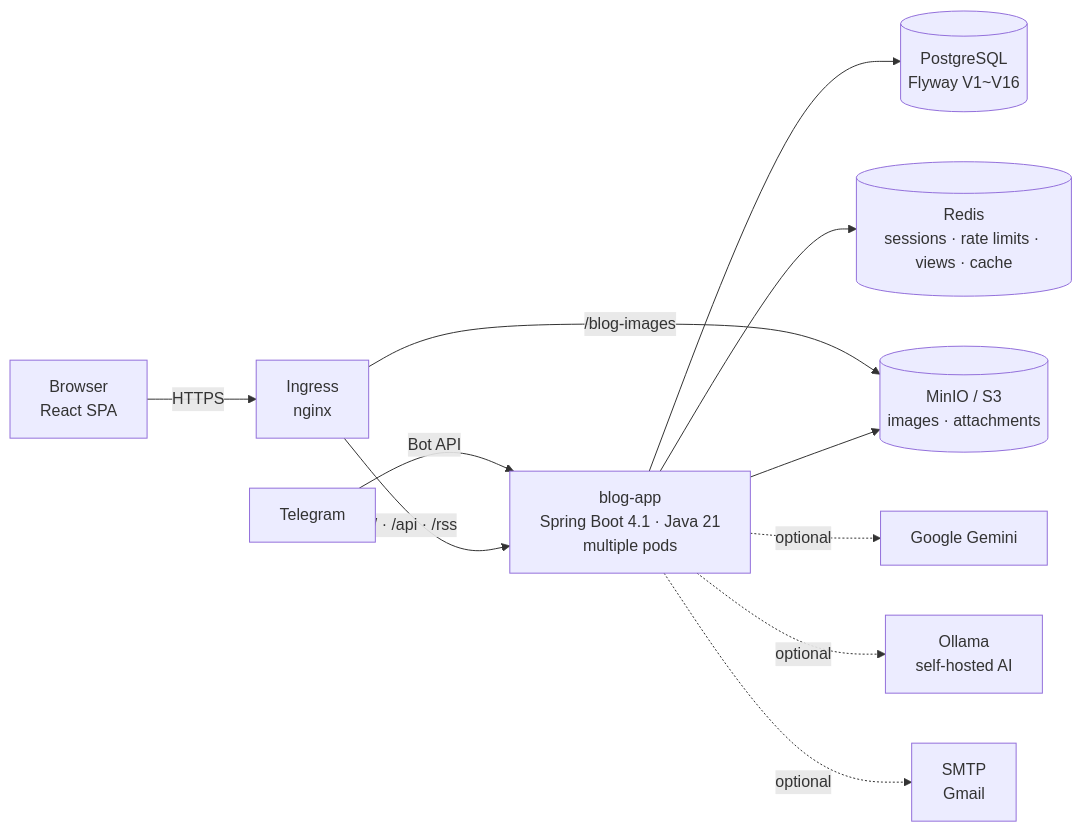
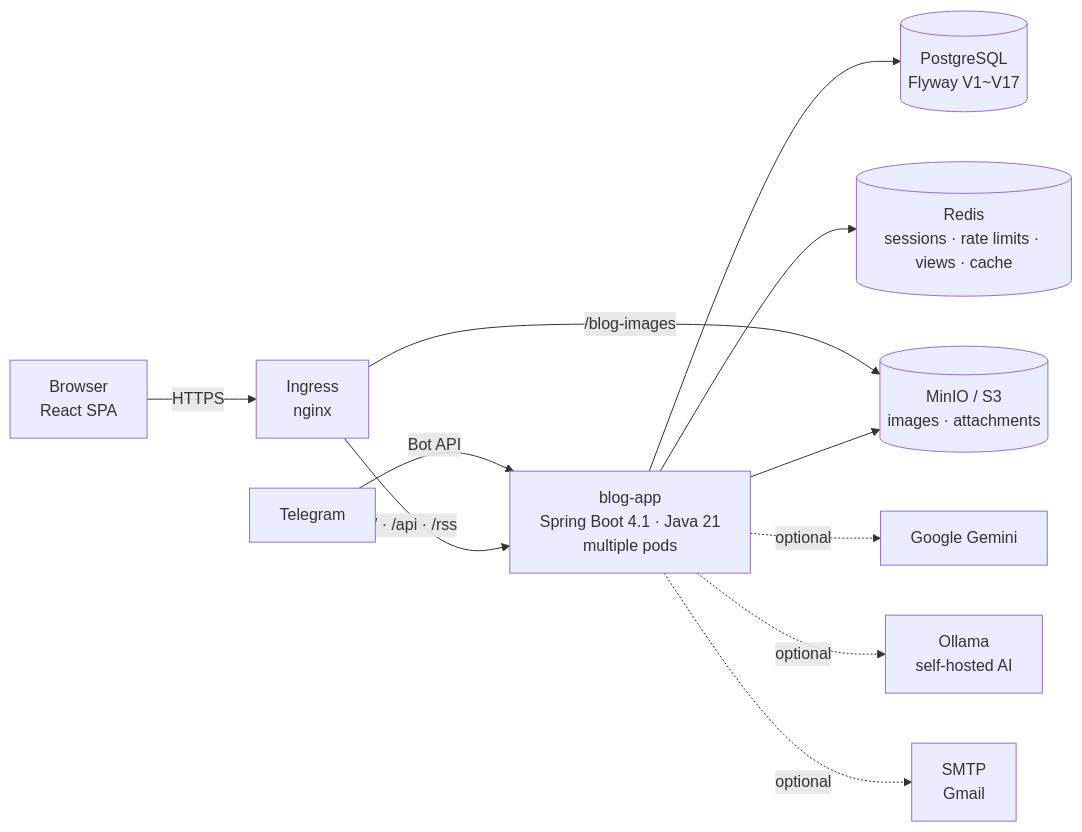
Before and after one commit to AIGJ-01-002-blog/Devlog: the first of 3 diagrams in README.en.md, drawn with Mermaid. The commit also changed other lines of this file and 57 other files, not shown here.

````diff
--- a/README.en.md
+++ b/README.en.md
@@ -147,13 +150,13 @@
 ```mermaid
 flowchart LR
     B[Browser<br/>React SPA] -->|HTTPS| I[Ingress<br/>nginx]
     T[Telegram] -->|Bot API| A
     I -->|/ · /api · /rss| A[blog-app<br/>Spring Boot 4.1 · Java 21<br/>multiple pods]
     I -->|/blog-images| M[(MinIO / S3<br/>images · attachments)]
-    A --> P[(PostgreSQL<br/>Flyway V1~V16)]
+    A --> P[(PostgreSQL<br/>Flyway V1~V17)]
     A --> R[(Redis<br/>sessions · rate limits · views · cache)]
     A --> M
     A -.optional.-> G[Google Gemini]
     A -.optional.-> O[Ollama<br/>self-hosted AI]
     A -.optional.-> S[SMTP<br/>Gmail]
 ```
````
